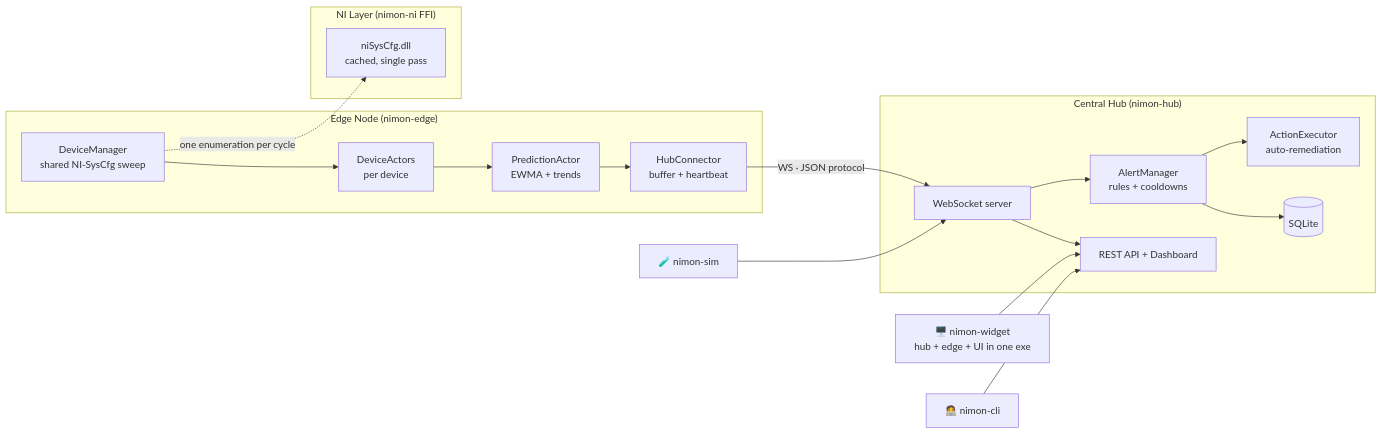
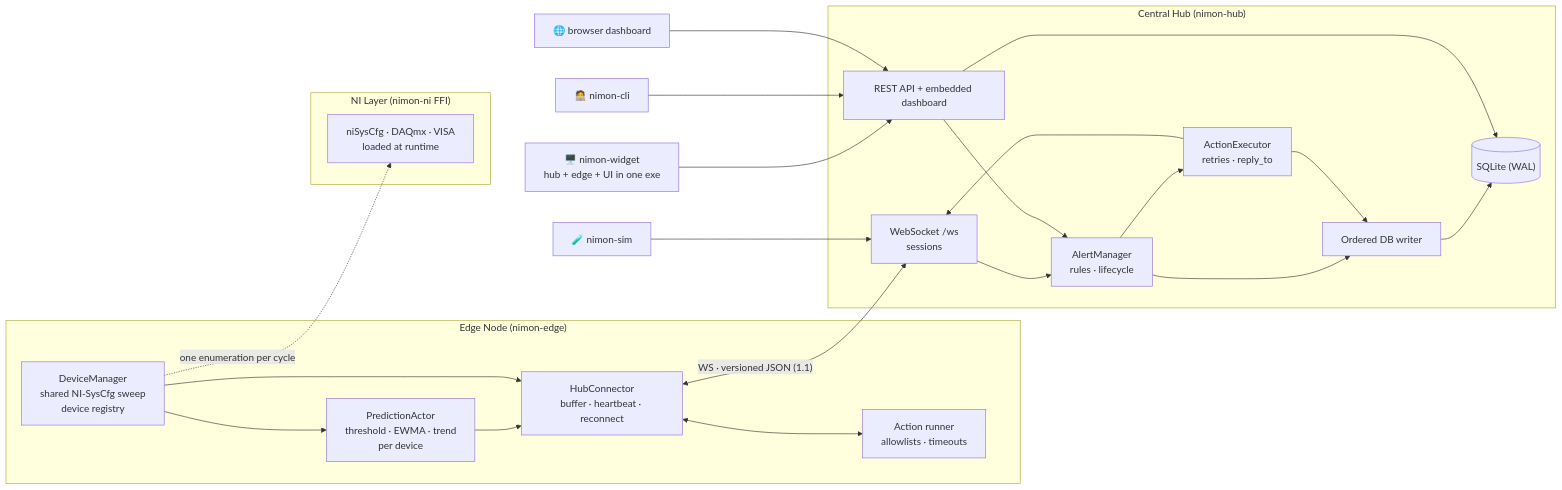
The diagram in README.md (zeshanabdullah10/nimon), drawn with Mermaid before and after one commit. The commit also changed other lines of this file and 155 other files, not shown here.

````diff
--- a/README.md
+++ b/README.md
@@ -44,32 +53,39 @@
 ```mermaid
 graph LR
     subgraph Edge ["Edge Node (nimon-edge)"]
-        DM["DeviceManager<br/>shared NI-SysCfg sweep"]
-        DA["DeviceActors<br/>per device"]
-        PA["PredictionActor<br/>EWMA + trends"]
-        HC["HubConnector<br/>buffer + heartbeat"]
-        DM --> DA --> PA --> HC
+        DM["DeviceManager<br/>shared NI-SysCfg sweep<br/>device registry"]
+        PA["PredictionActor<br/>threshold · EWMA · trend<br/>per device"]
+        AX["Action runner<br/>allowlists · timeouts"]
+        HC["HubConnector<br/>buffer · heartbeat · reconnect"]
+        DM --> PA --> HC
+        DM --> HC
+        HC <--> AX
     end
 
     subgraph NI ["NI Layer (nimon-ni FFI)"]
-        SYS["niSysCfg.dll<br/>cached, single pass"]
+        SYS["niSysCfg · DAQmx · VISA<br/>loaded at runtime"]
         DM -.->|one enumeration per cycle| SYS
     end
 
     subgraph Hub ["Central Hub (nimon-hub)"]
-        WS["WebSocket server"]
-        AM["AlertManager<br/>rules + cooldowns"]
-        AE["ActionExecutor<br/>auto-remediation"]
-        API["REST API + Dashboard"]
-        DB[("SQLite")]
-        WS --> AM --> DB
-        AM --> AE
-        WS --> API
+        WS["WebSocket /ws<br/>sessions"]
+        AM["AlertManager<br/>rules · lifecycle"]
+        AE["ActionExecutor<br/>retries · reply_to"]
+        API["REST API + embedded dashboard"]
+        W1["Ordered DB writer"]
+        DB[("SQLite (WAL)")]
+        WS --> AM --> AE --> WS
+        AM --> W1
+        AE --> W1
+        W1 --> DB
+        API --> DB
+        API --> AM
     end
 
-    HC -->|"WS · JSON protocol"| WS
+    HC <-->|"WS · versioned JSON (1.1)"| WS
 
     W["🖥️ nimon-widget<br/>hub + edge + UI in one exe"] --> API
     D["🧑‍💻 nimon-cli"] --> API
+    B["🌐 browser dashboard"] --> API
     SIM["🧪 nimon-sim"] --> WS
 ```
````
